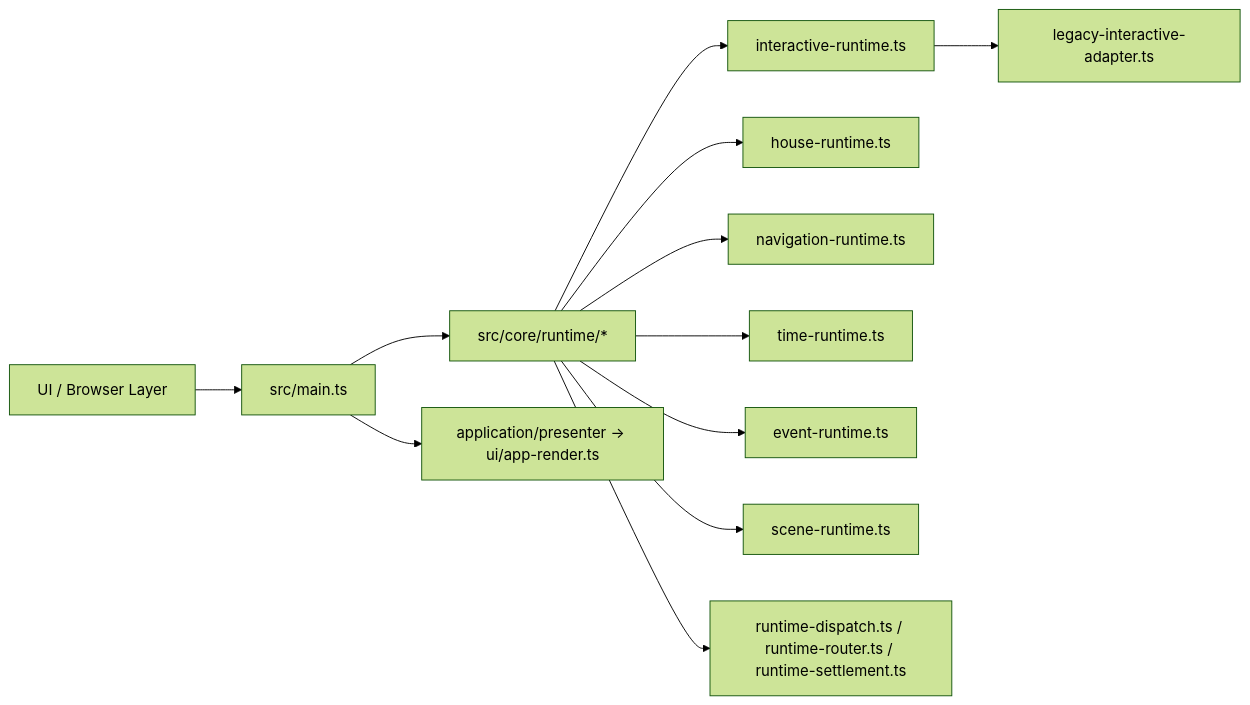
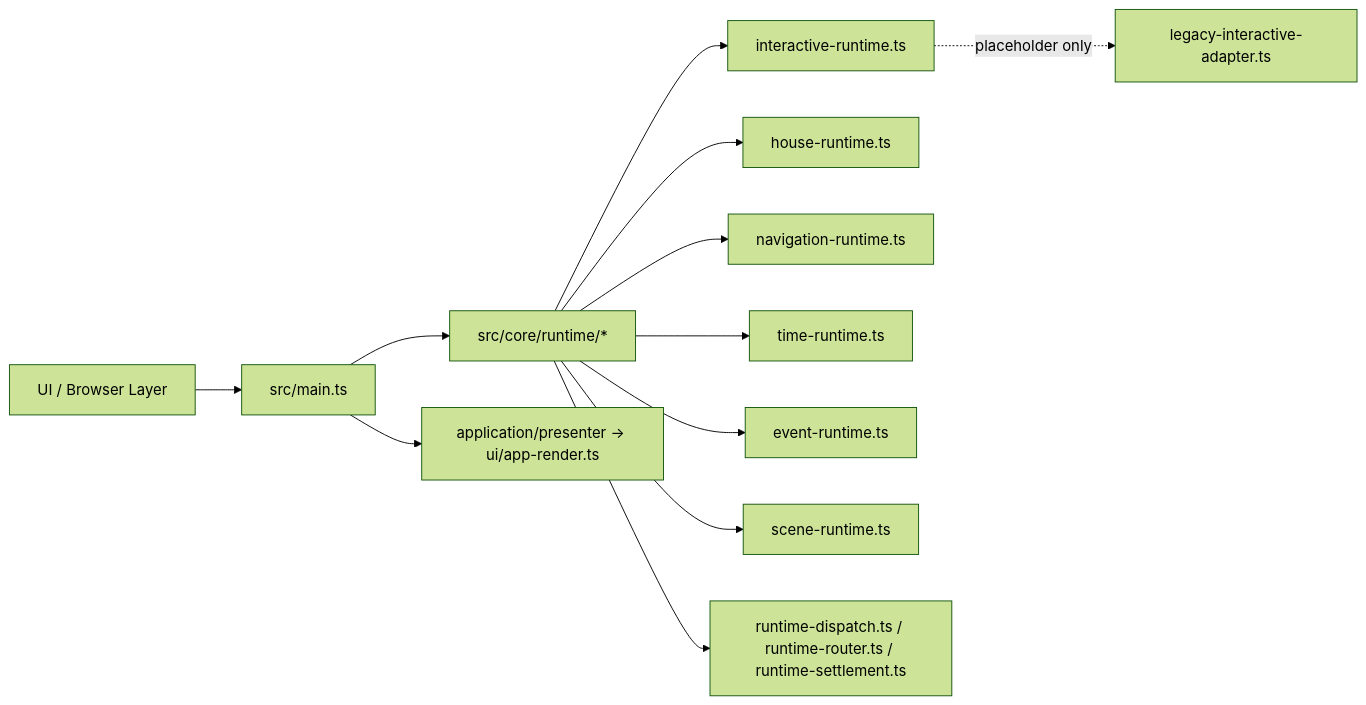
One commit to MA141277/RPG_TG changed the first of 3 diagrams in docs/superpowers/weekly/2026-07-02-weekly-architecture-report.md. Above: the diagram before and after it, drawn with Mermaid (forest theme). The commit also changed other lines of this file and 21 other files, not shown here.

````diff
--- a/docs/superpowers/weekly/2026-07-02-weekly-architecture-report.md
+++ b/docs/superpowers/weekly/2026-07-02-weekly-architecture-report.md
@@ -45,14 +47,14 @@
 ```mermaid
 flowchart LR
     UI["UI / Browser Layer"] --> MAIN["src/main.ts"]
     MAIN --> CORE["src/core/runtime/*"]
     CORE --> INTRT["interactive-runtime.ts"]
-    INTRT --> INTAD["legacy-interactive-adapter.ts"]
+    INTRT -.placeholder only.-> INTAD["legacy-interactive-adapter.ts"]
     CORE --> HOUCERT["house-runtime.ts"]
     CORE --> NAVRT["navigation-runtime.ts"]
     CORE --> TIMERT["time-runtime.ts"]
     CORE --> EVRT["event-runtime.ts"]
     CORE --> SCNRT["scene-runtime.ts"]
     CORE --> DISPATCH["runtime-dispatch.ts / runtime-router.ts / runtime-settlement.ts"]
     MAIN --> PRESENTER["application/presenter -> ui/app-render.ts"]
 ```
````
